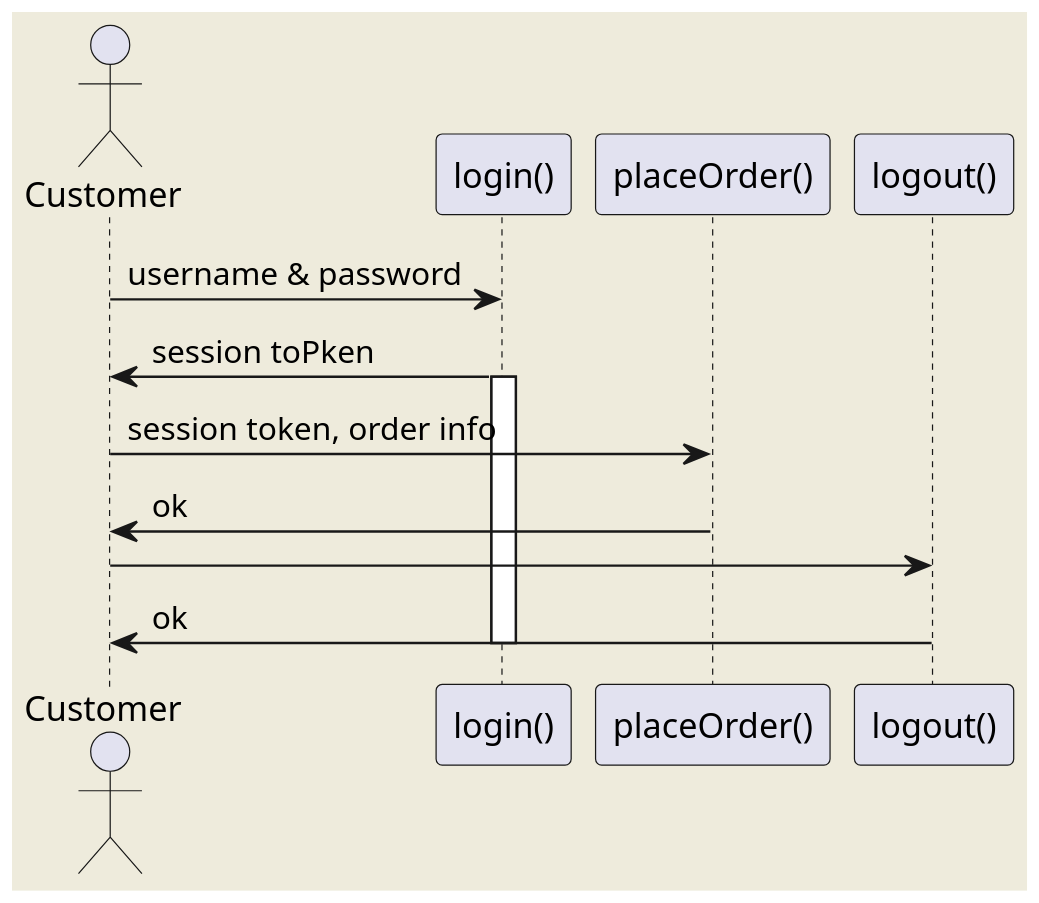
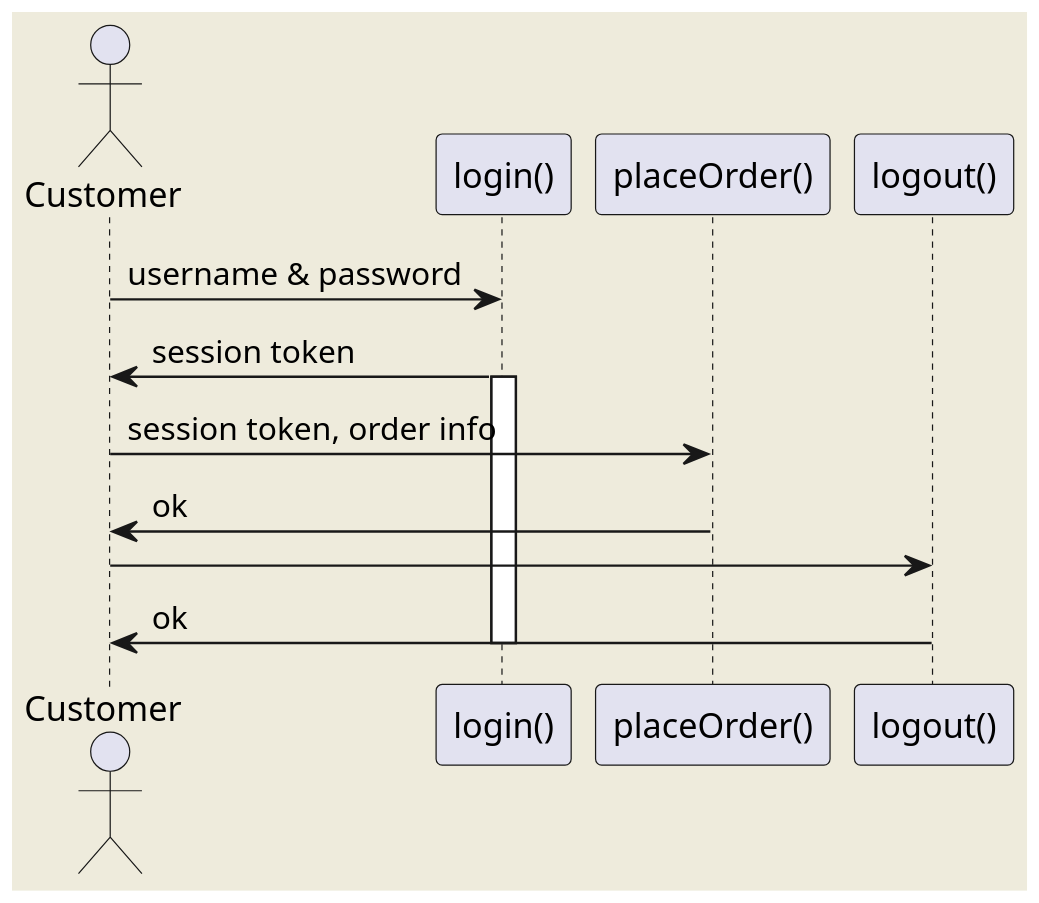
Before and after one commit to AndiSap/path-finding-js: the diagram in sequenceExample.md, drawn with PlantUML.

````diff
--- a/sequenceExample.md
+++ b/sequenceExample.md
@@ -7,15 +7,15 @@
 ```plantuml
 @startuml
     scale 2
     skinparam backgroundColor #EEEBDC
     actor Customer
     Customer -> "login()" : username & password
-    "login()" -> Customer : session toPken
+    "login()" -> Customer : session token
     activate "login()"
     Customer -> "placeOrder()" : session token, order info
     "placeOrder()" -> Customer : ok
     Customer -> "logout()"
     "logout()" -> Customer : ok
     deactivate "login()"
 @enduml
 ```
````
